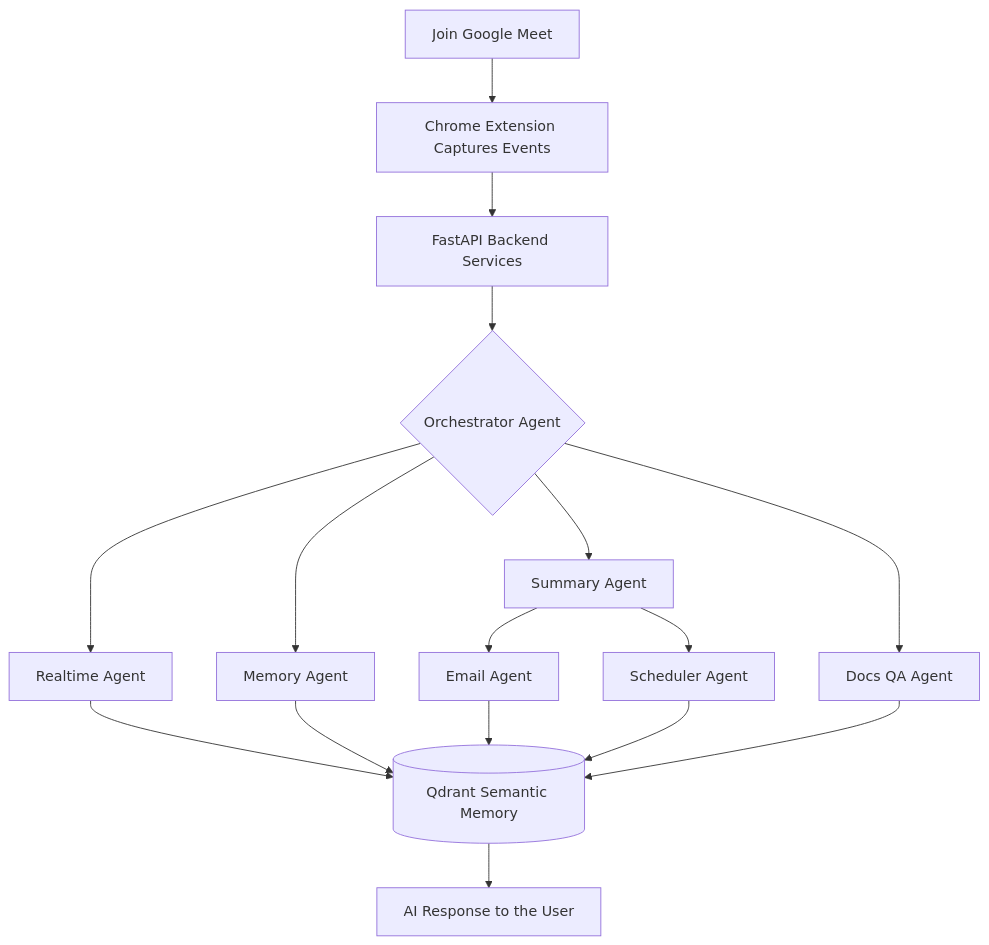
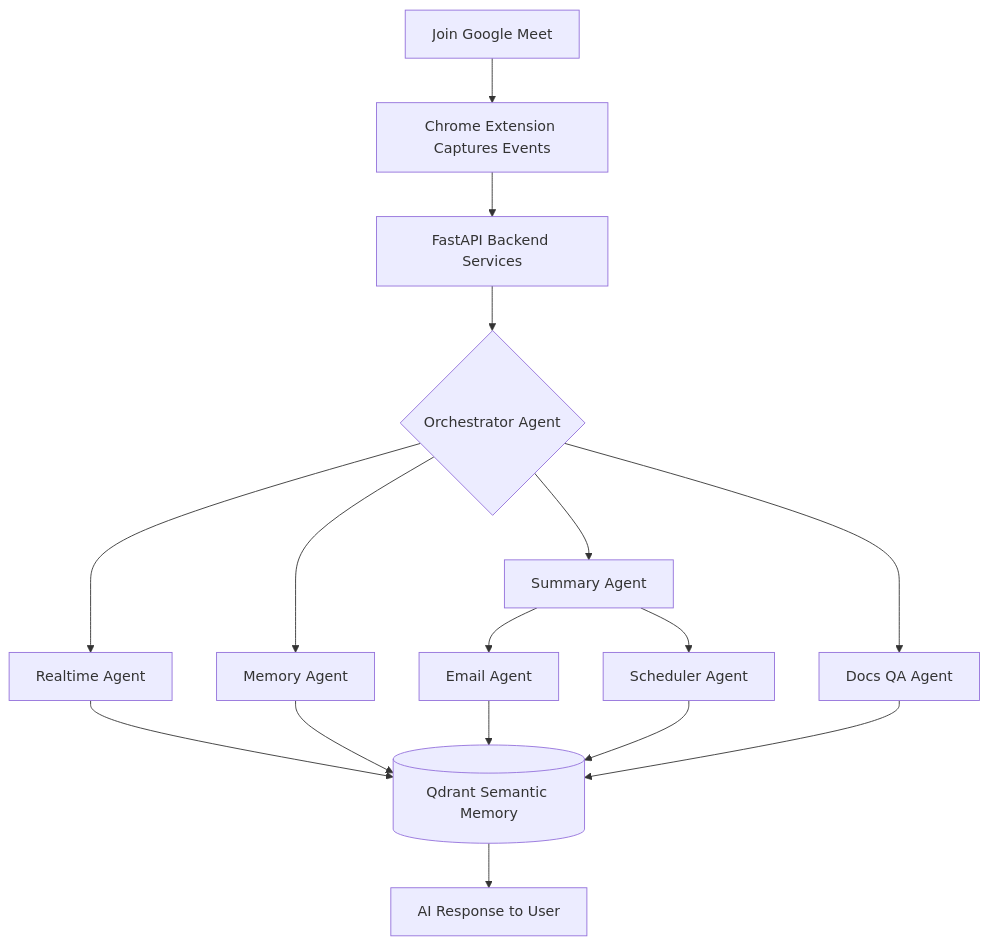
One commit to darshan-gowdaa/MeetMaxxing changed the second of 2 diagrams in README.md. Above: the diagram before and after it, drawn with Mermaid. The commit also changed other lines of this file, not shown here.

````diff
--- a/README.md
+++ b/README.md
@@ -292,17 +184,17 @@
 ```mermaid
 flowchart TD
     A[Join Google Meet] --> B[Chrome Extension Captures Events]
     B --> C[FastAPI Backend Services]
     C --> D{Orchestrator Agent}
     
     D --> E[Realtime Agent]
     D --> F[Summary Agent]
     D --> G[Memory Agent]
     
     F --> H[Email Agent]
     F --> I[Scheduler Agent]
     D --> J[Docs QA Agent]
     
     E & G & H & I & J --> K[(Qdrant Semantic Memory)]
-    K --> L[AI Response to the User]
+    K --> L[AI Response to User]
 ```
````
